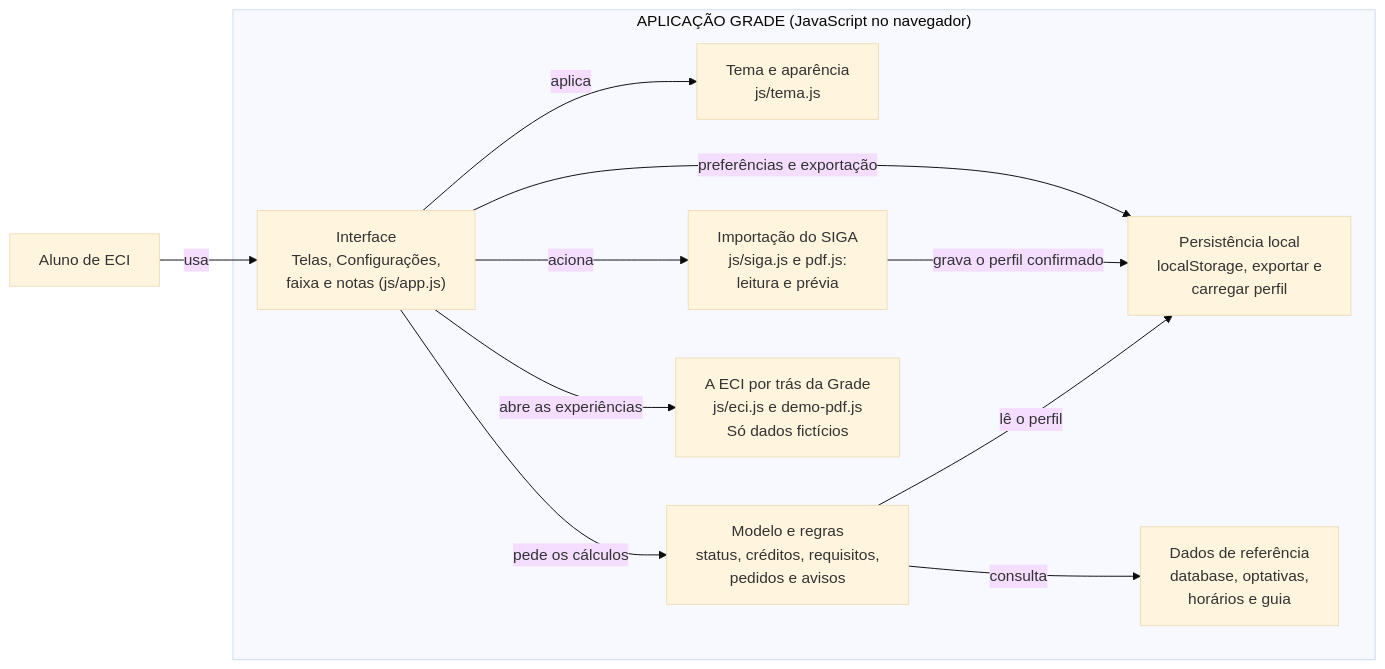
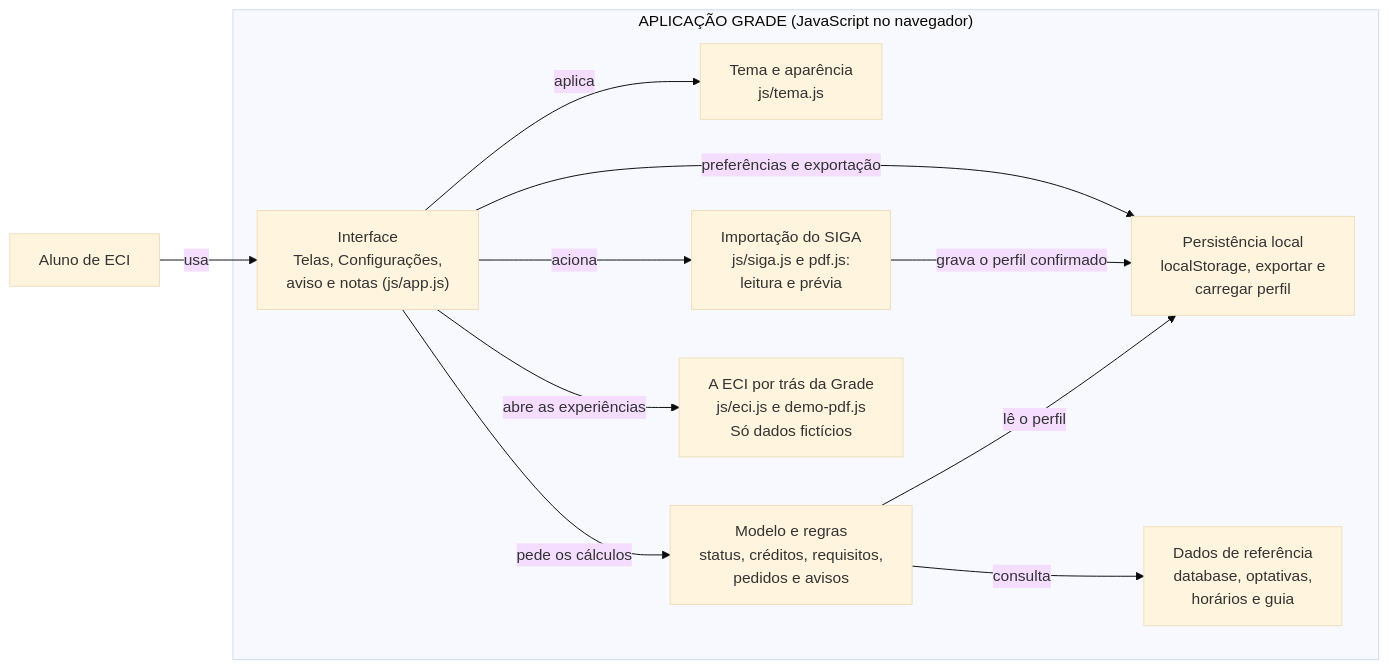
Before and after one commit to JoaoAndrade01/grade: the third of 7 diagrams in docs/ARQUITETURA.md, drawn with Mermaid (base theme). The commit also changed other lines of this file and 15 other files, not shown here.

````diff
--- a/docs/ARQUITETURA.md
+++ b/docs/ARQUITETURA.md
@@ -84,22 +84,22 @@
 ```mermaid
 flowchart LR
   subgraph G0["APLICAÇÃO GRADE (JavaScript no navegador)"]
-    interface["Interface<br/>Telas, Configurações,<br/>faixa e notas (js/app.js)"]
+    interface["Interface<br/>Telas, Configurações,<br/>aviso e notas (js/app.js)"]
     tema["Tema e aparência<br/>js/tema.js"]
     importacao["Importação do SIGA<br/>js/siga.js e pdf.js:<br/>leitura e prévia"]
     modelo["Modelo e regras<br/>status, créditos, requisitos,<br/>pedidos e avisos"]
     eci["A ECI por trás da Grade<br/>js/eci.js e demo-pdf.js<br/>Só dados fictícios"]
     persist["Persistência local<br/>localStorage, exportar e<br/>carregar perfil"]
     dados["Dados de referência<br/>database, optativas,<br/>horários e guia"]
   end
   aluno["Aluno de ECI"]
   aluno -->|"usa"| interface
   interface -->|"aplica"| tema
   interface -->|"aciona"| importacao
   interface -->|"pede os cálculos"| modelo
   interface -->|"abre as experiências"| eci
   interface -->|"preferências e exportação"| persist
   importacao -->|"grava o perfil confirmado"| persist
   modelo -->|"lê o perfil"| persist
   modelo -->|"consulta"| dados
 ```
````
